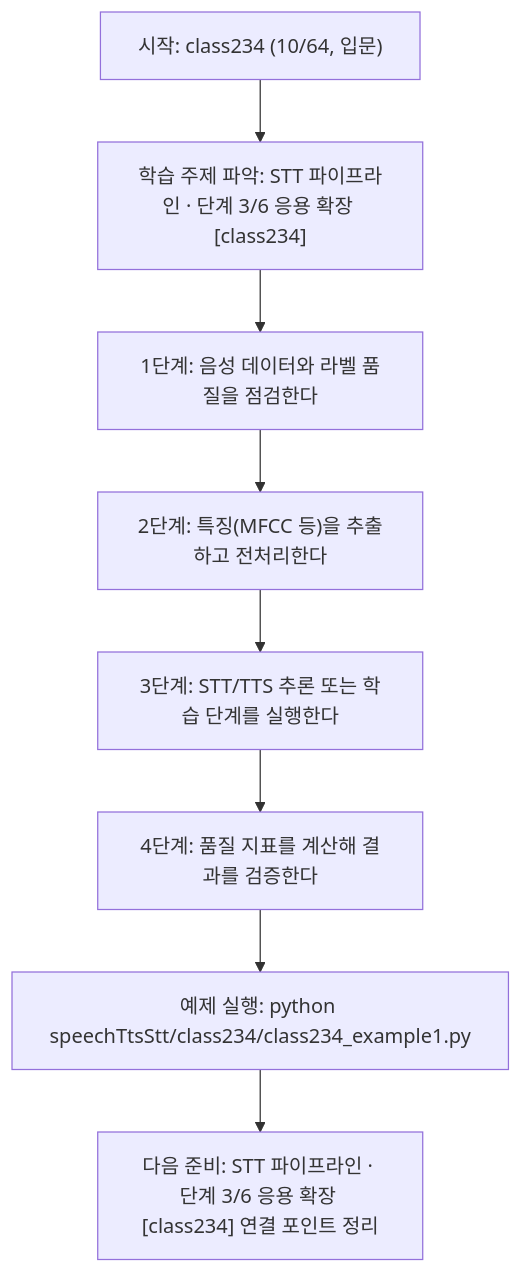
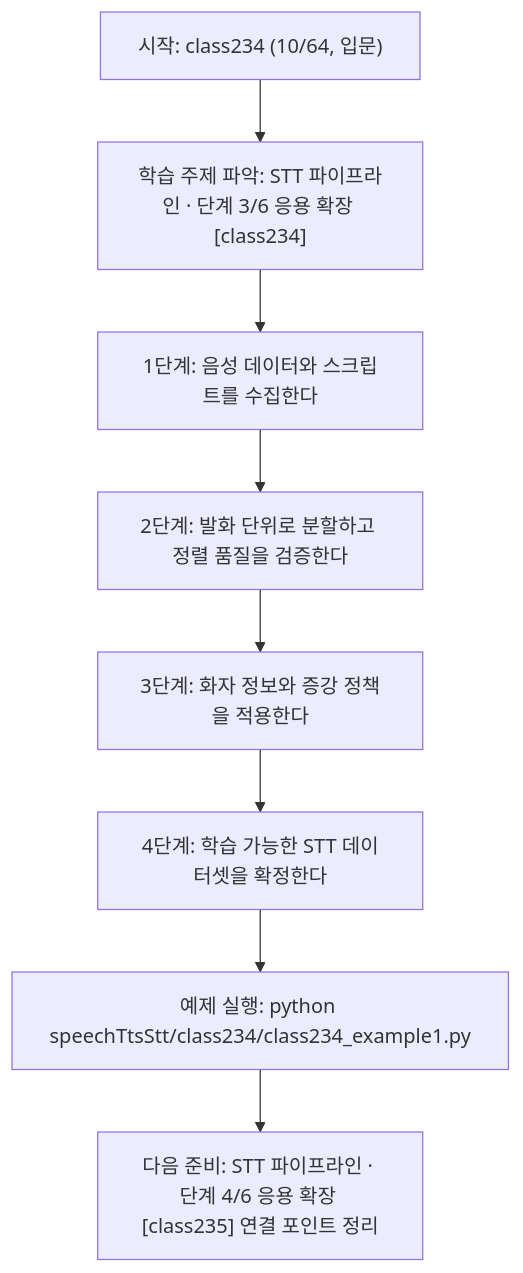
One commit to edumgt/Python-AI_Agent-Class changed the diagram in speechTtsStt/class234/class234.md. Above: the diagram before and after it, drawn with Mermaid. The commit also changed other lines of this file and 1122 other files, not shown here.

````diff
--- a/speechTtsStt/class234/class234.md
+++ b/speechTtsStt/class234/class234.md
@@ -113,18 +95,18 @@
 ```mermaid
 flowchart TD
 N1["시작: class234 (10/64, 입문)"]
 N2["학습 주제 파악: STT 파이프라인 · 단계 3/6 응용 확장 [class234]"]
-N3["1단계: 음성 데이터와 라벨 품질을 점검한다"]
-N4["2단계: 특징(MFCC 등)을 추출하고 전처리한다"]
-N5["3단계: STT/TTS 추론 또는 학습 단계를 실행한다"]
-N6["4단계: 품질 지표를 계산해 결과를 검증한다"]
+N3["1단계: 음성 데이터와 스크립트를 수집한다"]
+N4["2단계: 발화 단위로 분할하고 정렬 품질을 검증한다"]
+N5["3단계: 화자 정보와 증강 정책을 적용한다"]
+N6["4단계: 학습 가능한 STT 데이터셋을 확정한다"]
 N7["예제 실행: python speechTtsStt/class234/class234_example1.py"]
-N8["다음 준비: STT 파이프라인 · 단계 3/6 응용 확장 [class234] 연결 포인트 정리"]
+N8["다음 준비: STT 파이프라인 · 단계 4/6 응용 확장 [class235] 연결 포인트 정리"]
 N1 --> N2
 N2 --> N3
 N3 --> N4
 N4 --> N5
 N5 --> N6
 N6 --> N7
 N7 --> N8
 ```
````
